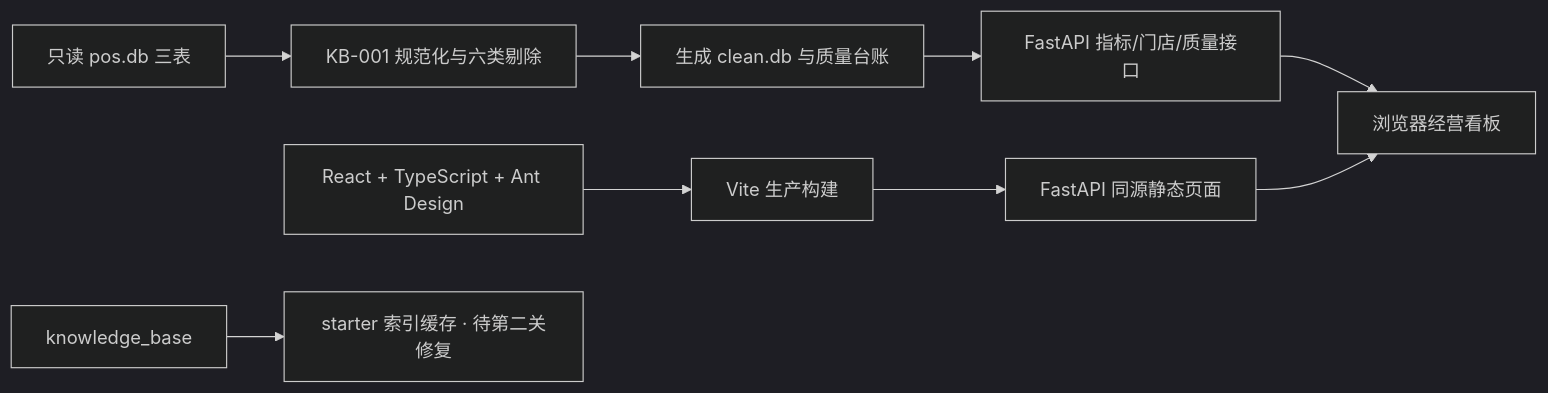
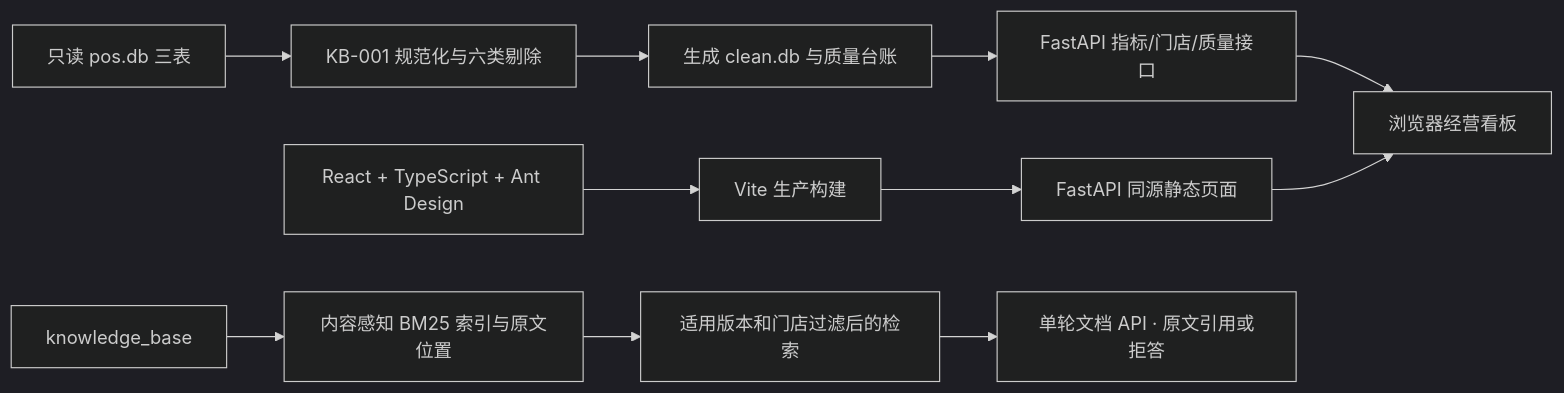
One commit to FHMinyi/moneki-ai-takehome changed the diagram in README.md. Above: the diagram before and after it, drawn with Mermaid (dark theme). The commit also changed other lines of this file and 5 other files, not shown here.

````diff
--- a/README.md
+++ b/README.md
@@ -47,11 +49,13 @@
 ```mermaid
 flowchart LR
   POS[只读 pos.db 三表] --> CLEAN[KB-001 规范化与六类剔除]
   CLEAN --> DB[生成 clean.db 与质量台账]
   DB --> API[FastAPI 指标/门店/质量接口]
   SRC[React + TypeScript + Ant Design] --> VITE[Vite 生产构建]
   VITE --> STATIC[FastAPI 同源静态页面]
   API --> UI[浏览器经营看板]
   STATIC --> UI
-  KB[knowledge_base] --> INDEX[starter 索引缓存 · 待第二关修复]
+  KB[knowledge_base] --> INDEX[内容感知 BM25 索引与原文位置]
+  INDEX --> RETRIEVE[适用版本和门店过滤后的检索]
+  RETRIEVE --> CHAT[单轮文档 API · 原文引用或拒答]
 ```
````
